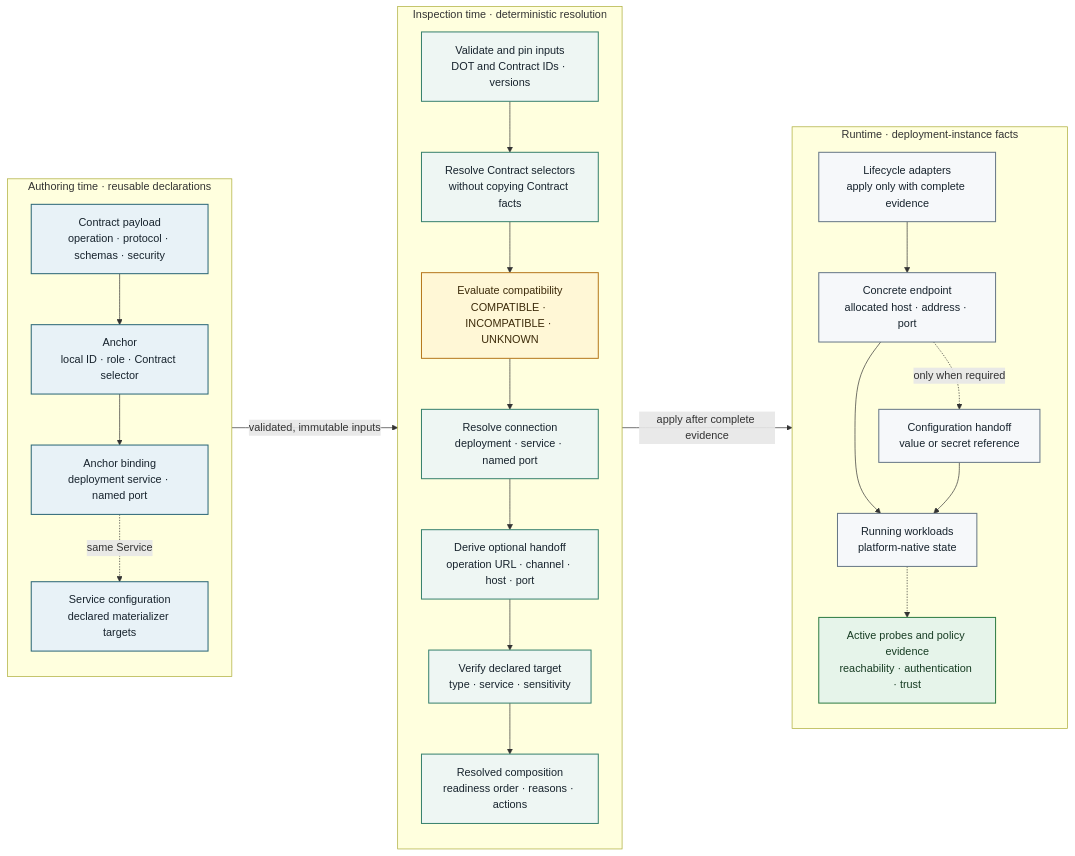
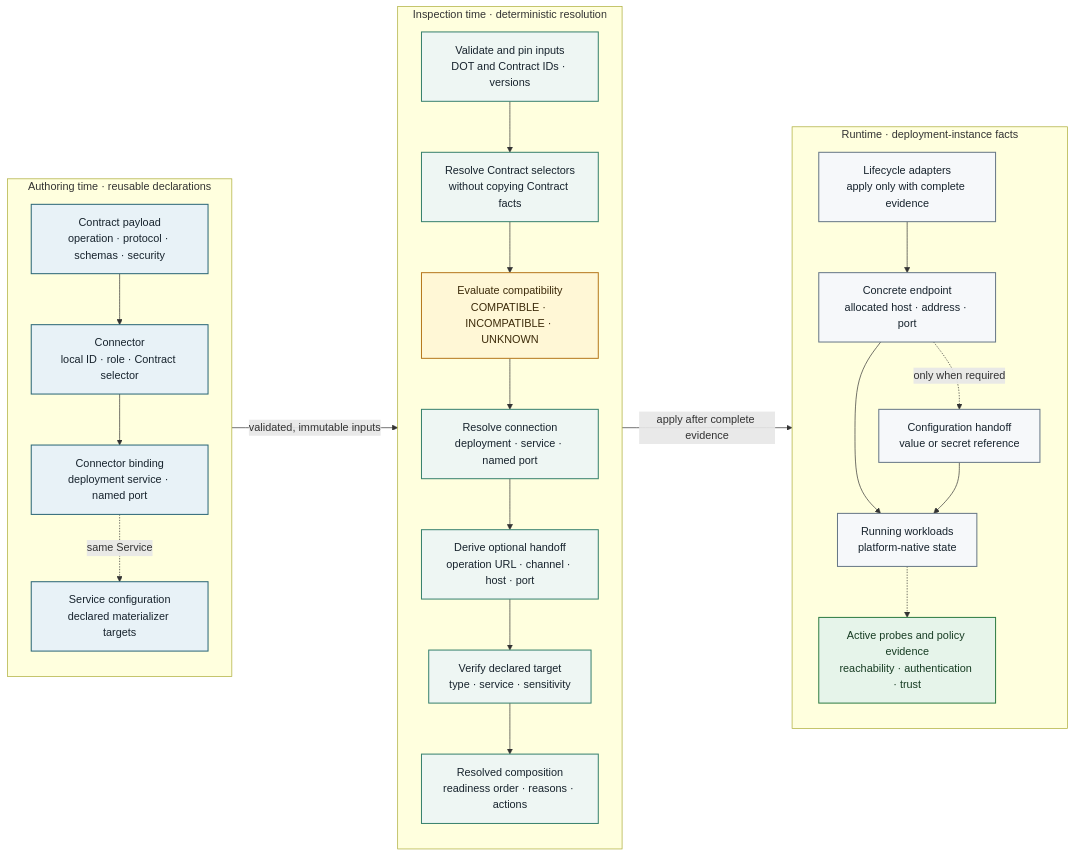
The diagram in DOT-Design/next/dot-design/_attachments/diagrams/composition-resolution-stages.mmd (MARE-EU-Project/DOT-Docs), drawn with Mermaid before and after one commit. The commit also changed 106 other files, not shown here.

```diff
--- a/DOT-Design/next/dot-design/_attachments/diagrams/composition-resolution-stages.mmd
+++ b/DOT-Design/next/dot-design/_attachments/diagrams/composition-resolution-stages.mmd
@@ -1,55 +1,55 @@
 flowchart LR
   accTitle: Authoring, composition resolution, and runtime stages
-  accDescr: Independently authored Contracts, Anchors, bindings, and configuration declarations are pinned and resolved into a deterministic resolved composition before lifecycle adapters create endpoints, materialize configuration, and collect runtime evidence.
+  accDescr: Independently authored Contracts, Connectors, bindings, and configuration declarations are pinned and resolved into a deterministic resolved composition before lifecycle adapters create endpoints, materialize configuration, and collect runtime evidence.
 
   subgraph Authoring["Authoring time · reusable declarations"]
     direction TB
     Contract["Contract payload<br/>operation · protocol · schemas · security"]
-    Anchor["Anchor<br/>local ID · role · Contract selector"]
-    Binding["Anchor binding<br/>deployment service · named port"]
+    Connector["Connector<br/>local ID · role · Contract selector"]
+    Binding["Connector binding<br/>deployment service · named port"]
     Config["Service configuration<br/>declared materializer targets"]
-    Contract --> Anchor
-    Anchor --> Binding
+    Contract --> Connector
+    Connector --> Binding
     Binding -.->|same Service| Config
   end
 
   subgraph ResolutionStage["Inspection time · deterministic resolution"]
     direction TB
     Inputs["Validate and pin inputs<br/>DOT and Contract IDs · versions"]
     Selectors["Resolve Contract selectors<br/>without copying Contract facts"]
     Compatibility["Evaluate compatibility<br/>COMPATIBLE · INCOMPATIBLE · UNKNOWN"]
     Connection["Resolve connection<br/>deployment · service · named port"]
     Handoff["Derive optional handoff<br/>operation URL · channel · host · port"]
     Target["Verify declared target<br/>type · service · sensitivity"]
     Resolution["Resolved composition<br/>readiness order · reasons · actions"]
     Inputs --> Selectors --> Compatibility --> Connection
     Connection --> Handoff --> Target --> Resolution
   end
 
   subgraph Runtime["Runtime · deployment-instance facts"]
     direction TB
     Apply["Lifecycle adapters<br/>apply only with complete evidence"]
     Endpoint["Concrete endpoint<br/>allocated host · address · port"]
     Inject["Configuration handoff<br/>value or secret reference"]
     Workload["Running workloads<br/>platform-native state"]
     Probe["Active probes and policy evidence<br/>reachability · authentication · trust"]
     Apply --> Endpoint
     Endpoint -.->|only when required| Inject
     Endpoint --> Workload
     Inject --> Workload
     Workload -.-> Probe
   end
 
   Authoring -->|validated, immutable inputs| ResolutionStage
   ResolutionStage -->|apply after complete evidence| Runtime
 
   classDef authored fill:#e8f2f7,stroke:#2b6777,color:#17232d,stroke-width:1.5px;
   classDef process fill:#eef6f3,stroke:#39826f,color:#17232d,stroke-width:1.5px;
   classDef decision fill:#fff7d6,stroke:#b7791f,color:#3d2b0a,stroke-width:1.5px;
   classDef runtime fill:#f6f8fa,stroke:#687887,color:#17232d,stroke-width:1.5px;
   classDef evidence fill:#e6f4ea,stroke:#2f7d45,color:#173c23,stroke-width:1.5px;
-  class Contract,Anchor,Binding,Config authored;
+  class Contract,Connector,Binding,Config authored;
   class Inputs,Selectors,Connection,Handoff,Target,Resolution process;
   class Compatibility decision;
   class Apply,Endpoint,Inject,Workload runtime;
   class Probe evidence;
```
